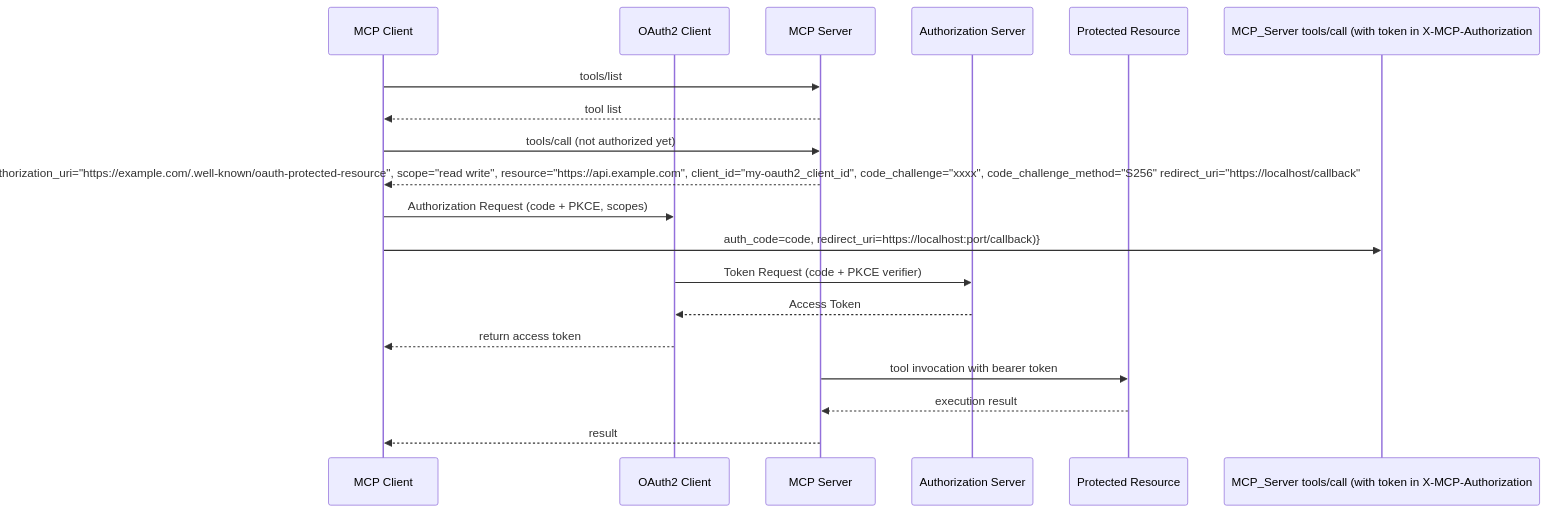
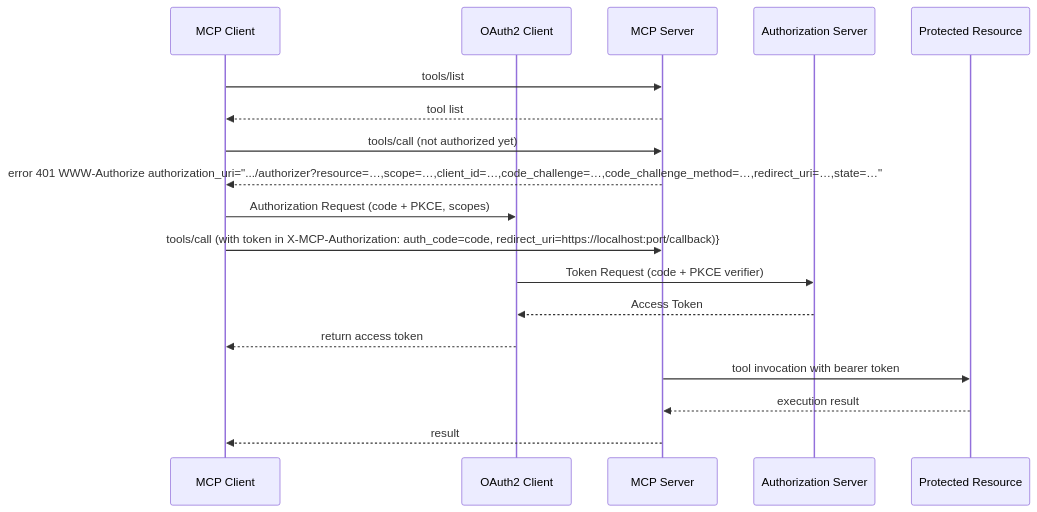
Before and after one commit to viant/mcp: the first of 2 diagrams in proposal.md, drawn with Mermaid. The commit also changed other lines of this file, not shown here.

````diff
--- a/proposal.md
+++ b/proposal.md
@@ -344,23 +344,23 @@
 ```mermaid
 sequenceDiagram
     participant MCP_Client as MCP Client
     participant OAuth2_Client as OAuth2 Client
     participant MCP_Server as MCP Server
     participant Auth_Server as Authorization Server
     participant Resource as Protected Resource
 
     MCP_Client->>MCP_Server: tools/list
     MCP_Server-->>MCP_Client: tool list 
 
     MCP_Client->>MCP_Server: tools/call (not authorized yet)
-    MCP_Server-->>MCP_Client: error 401 WWW-Authorize authorization_uri="https://example.com/.well-known/oauth-protected-resource", scope="read write", resource="https://api.example.com", client_id="my-oauth2_client_id", code_challenge="xxxx", code_challenge_method="S256" redirect_uri="https://localhost/callback"
+    MCP_Server-->>MCP_Client: error 401 WWW-Authorize authorization_uri=".../authorizer?resource=…,scope=…,client_id=…,code_challenge=…,code_challenge_method=…,redirect_uri=…,state=…"
     MCP_Client->>OAuth2_Client:  Authorization Request (code + PKCE, scopes)
-
-    MCP_Client->>MCP_Server tools/call (with token in X-MCP-Authorization: auth_code=code, redirect_uri=https://localhost:port/callback)}
+    
+    MCP_Client->>MCP_Server: tools/call (with token in X-MCP-Authorization: auth_code=code, redirect_uri=https://localhost:port/callback)}
     OAuth2_Client->>Auth_Server: Token Request (code + PKCE verifier)
     Auth_Server-->>OAuth2_Client: Access Token
     OAuth2_Client-->>MCP_Client: return access token
     MCP_Server->>Resource: tool invocation with bearer token
     Resource-->>MCP_Server: execution result
     MCP_Server-->>MCP_Client: result
 ```
````
